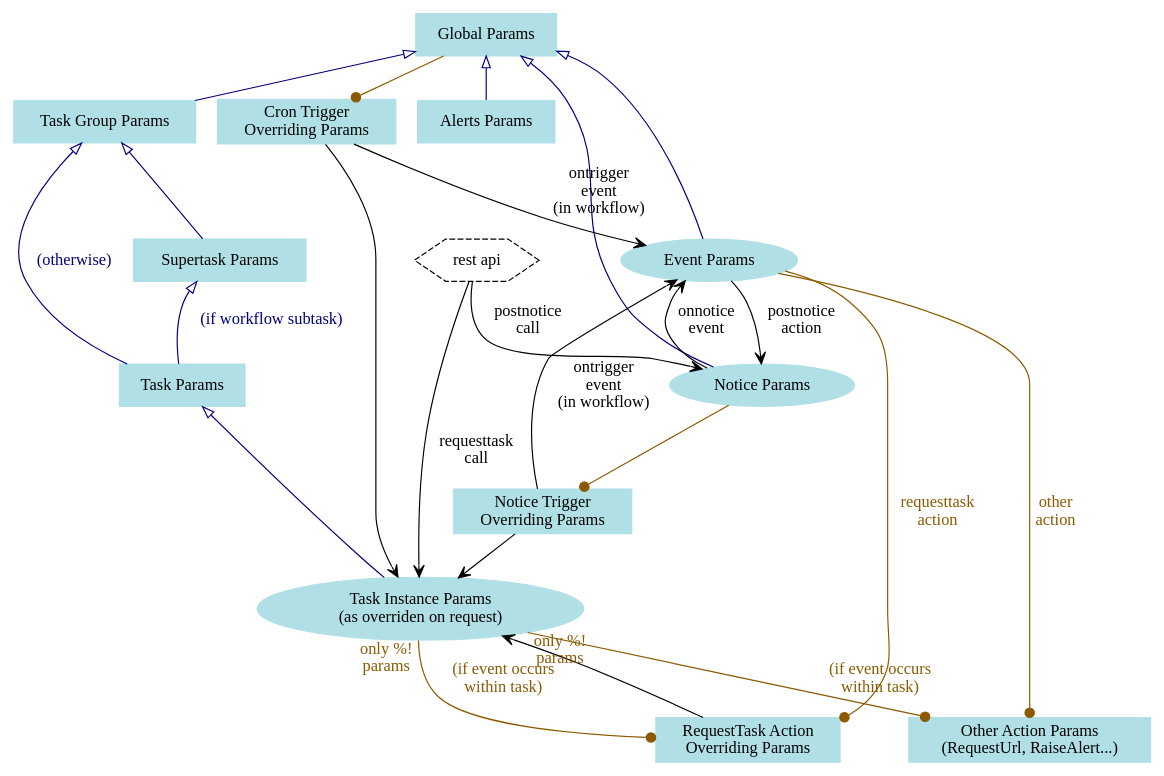
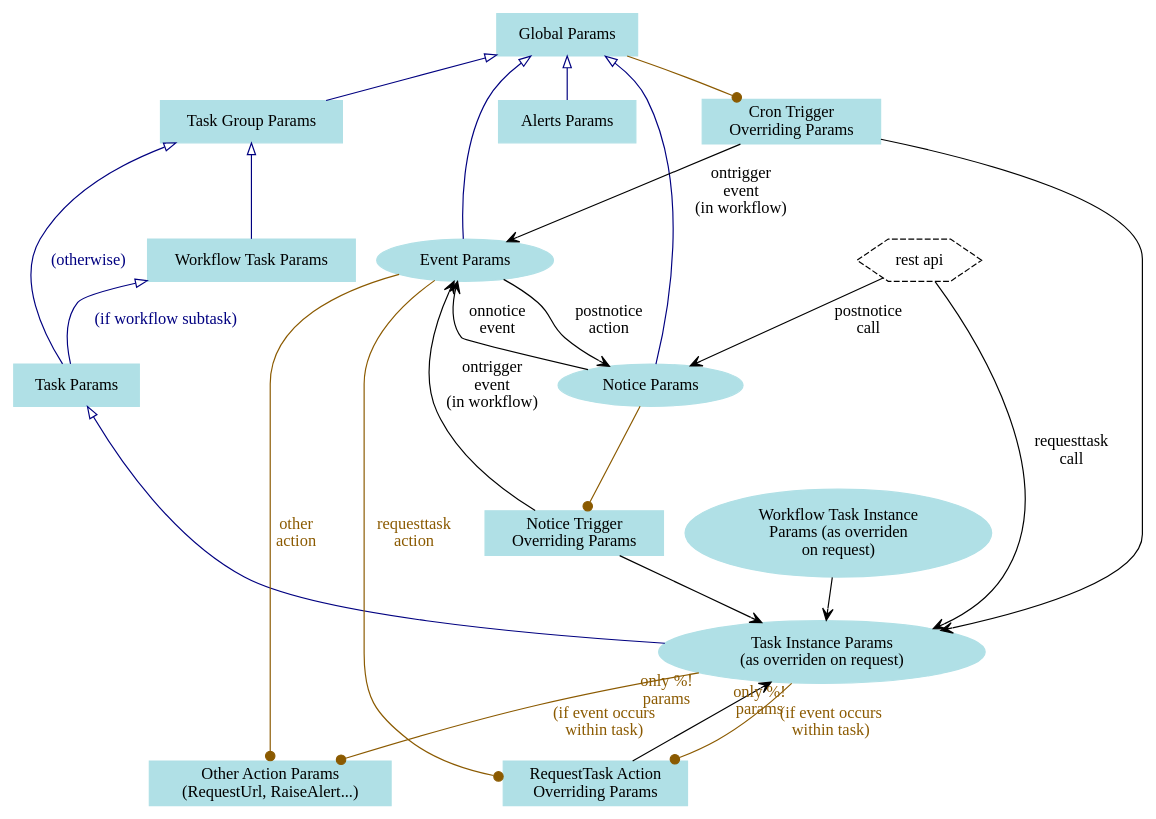
Before and after one commit to g76r/qron: the diagram in doc/paramset_hierarchy.dot, drawn with Graphviz. The commit also changed 5 other files, not shown here.

Commit message:
sched: makeing subtasks inherit of workflowtask overriding params

```diff
--- a/doc/paramset_hierarchy.dot
+++ b/doc/paramset_hierarchy.dot
@@ -1,60 +1,62 @@
 graph g {
 
 // configuration objects carrying params
 node [shape=box,style=filled,color=powderblue]
 global [label="Global Params"]
-supertask [label="Supertask Params"]
+workflowtask [label="Workflow Task Params"]
 taskgroup [label="Task Group Params"]
 task [label="Task Params"]
 noticetrigger [label="Notice Trigger\nOverriding Params"]
 crontrigger [label="Cron Trigger\nOverriding Params"]
 requesttaskaction [label="RequestTask Action\nOverriding Params"]
 otheraction [label="Other Action Params\n(RequestUrl, RaiseAlert...)"]
 alerts [label="Alerts Params"]
 //webconsole [label="Web Console Params"]
 
 // runtime objects carrying params
 node [shape=ellipse]
 taskinstance [label="Task Instance Params\n(as overriden on request)"]
+workflowtaskinstance [label="Workflow Task Instance\nParams (as overriden\non request)"]
 event [label="Event Params"]
 notice [label="Notice Params"]
 
 // actors
 node [shape=hexagon,style=dashed,color=""]
 restapi [label="REST API"]
 //time [label="time"]
 
 // ParamSet inheritage (mostly in configuration)
 edge [dir=back,arrowtail=onormal,color=navy,fontcolor=navy]
-global -- taskgroup -- supertask
-supertask -- task [label="(if workflow subtask)"]
+global -- taskgroup -- workflowtask
+workflowtask -- task [label="(if workflow subtask)"]
 taskgroup -- task [label="(otherwise)"]
 task -- taskinstance
 global -- event
 global -- notice
 global -- alerts
 //global -- webconsole
 
 // parameter injection at runtime
 edge [dir=forward,arrowhead=vee,color=black,fontcolor=black]
+workflowtaskinstance -- taskinstance
 crontrigger -- taskinstance
 noticetrigger -- taskinstance
 event -- notice [label="postnotice\naction"]
 notice -- event [label="onnotice\nevent"]
 restapi [label="rest api"]
 restapi -- notice [label="postnotice\ncall"]
 requesttaskaction -- taskinstance
 restapi -- taskinstance [label="requesttask\ncall"]
 //time -- crontrigger
 crontrigger -- event [label="ontrigger\nevent\n(in workflow)"]
 noticetrigger -- event [label="ontrigger\nevent\n(in workflow)"]
 
 // context for parameters evaluation
 edge [dir=forward,arrowhead=dot,color=orange4,fontcolor=orange4]
 notice -- noticetrigger
 global -- crontrigger
 event -- requesttaskaction [label="requesttask\naction"]
 taskinstance -- requesttaskaction [label="(if event occurs\nwithin task)",weight=0,taillabel="only %!\nparams"]
 event -- otheraction [label="other\naction"]
 taskinstance -- otheraction [label="(if event occurs\nwithin task)",weight=0,taillabel="only %!\nparams"]
 }
```
